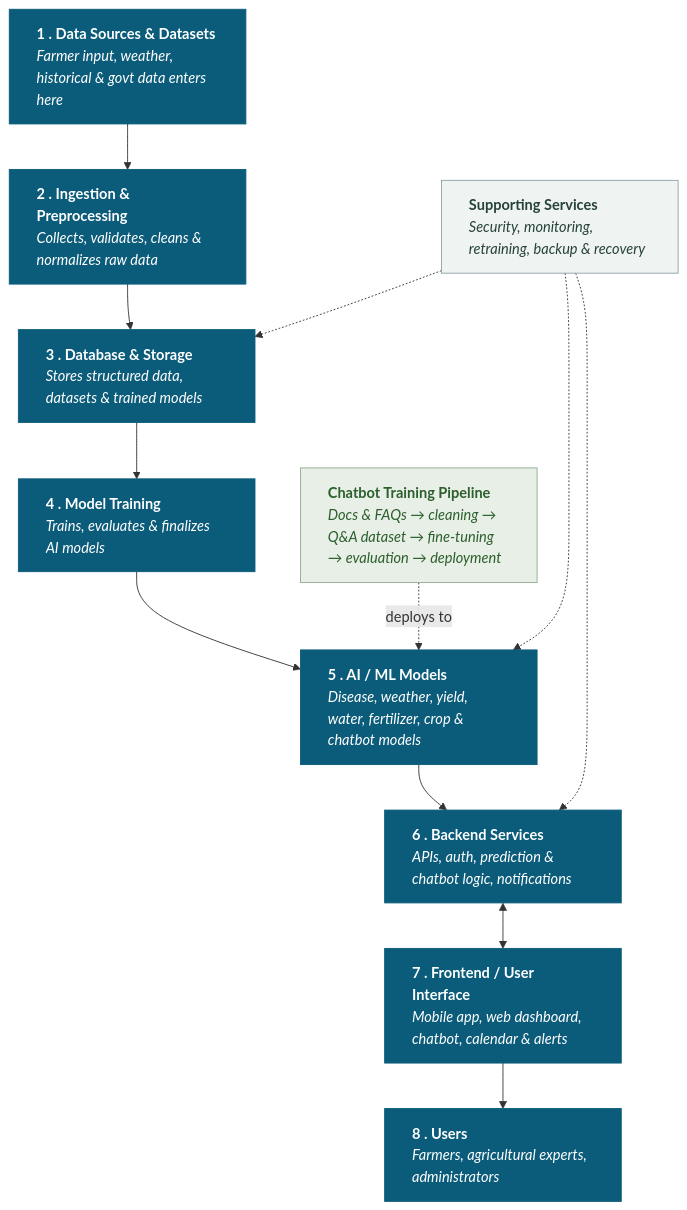
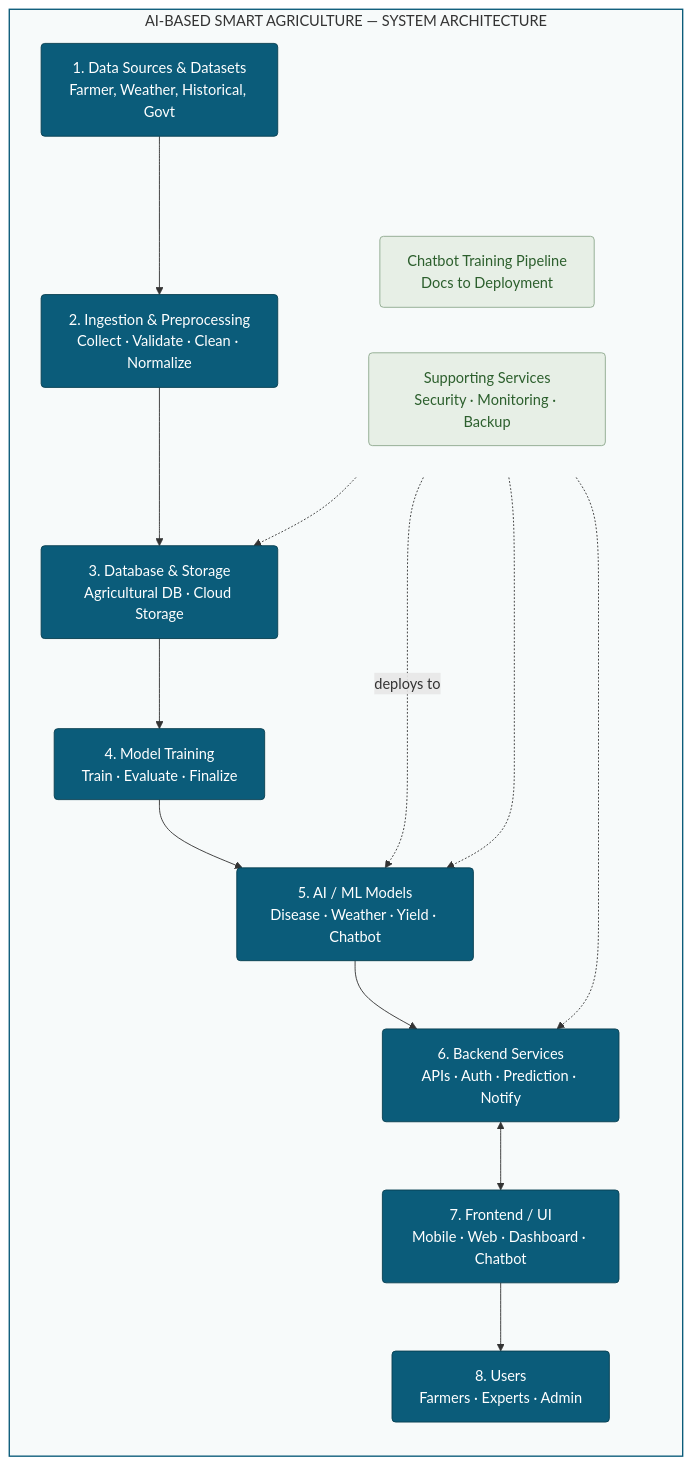
The diagram in README.md (mohinideshmukh765/FarmGuide), drawn with Mermaid before and after one commit.

Commit message:
Revise system architecture diagram in README
Updated the system architecture diagram in the README to enhance clarity and detail.

````diff
--- a/README.md
+++ b/README.md
@@ -1,31 +1,39 @@
 ```mermaid
 flowchart TD
-  A["<b>1 . Data Sources & Datasets</b><br/><i>Farmer input, weather, historical & govt data enters here</i>"]
-  B["<b>2 . Ingestion & Preprocessing</b><br/><i>Collects, validates, cleans & normalizes raw data</i>"]
-  C["<b>3 . Database & Storage</b><br/><i>Stores structured data, datasets & trained models</i>"]
-  D["<b>4 . Model Training</b><br/><i>Trains, evaluates & finalizes AI models</i>"]
-  E["<b>5 . AI / ML Models</b><br/><i>Disease, weather, yield, water, fertilizer, crop & chatbot models</i>"]
-  F["<b>6 . Backend Services</b><br/><i>APIs, auth, prediction & chatbot logic, notifications</i>"]
-  G["<b>7 . Frontend / User Interface</b><br/><i>Mobile app, web dashboard, chatbot, calendar & alerts</i>"]
-  H["<b>8 . Users</b><br/><i>Farmers, agricultural experts, administrators</i>"]
+  subgraph SYS["AI-BASED SMART AGRICULTURE — SYSTEM ARCHITECTURE"]
+    direction TB
 
-  CTP["<b>Chatbot Training Pipeline</b><br/><i>Docs & FAQs → cleaning → Q&A dataset → fine-tuning → evaluation → deployment</i>"]
-  SUP["<b>Supporting Services</b><br/><i>Security, monitoring, retraining, backup & recovery</i>"]
+    A["1. Data Sources & Datasets<br/>Farmer, Weather, Historical, Govt"]
+    B["2. Ingestion & Preprocessing<br/>Collect · Validate · Clean · Normalize"]
+    C["3. Database & Storage<br/>Agricultural DB · Cloud Storage"]
+    D["4. Model Training<br/>Train · Evaluate · Finalize"]
+    E["5. AI / ML Models<br/>Disease · Weather · Yield · Chatbot"]
+    F["6. Backend Services<br/>APIs · Auth · Prediction · Notify"]
+    G["7. Frontend / UI<br/>Mobile · Web · Dashboard · Chatbot"]
+    H["8. Users<br/>Farmers · Experts · Admin"]
 
-  A --> B --> C --> D --> E --> F
-  F <--> G
-  G --> H
+    A --> B --> C --> D --> E --> F
+    F <--> G
+    G --> H
 
-  CTP -.->|deploys to| E
-  SUP -.-> C
-  SUP -.-> E
-  SUP -.-> F
+    subgraph SIDE[" "]
+      direction LR
+      CTP["Chatbot Training Pipeline<br/>Docs to Deployment"]
+      SUP["Supporting Services<br/>Security · Monitoring · Backup"]
+    end
 
-  classDef block fill:#0B5C7A,color:#fff,stroke:#0B5C7A,stroke-width:1px,text-align:left;
-  classDef pipeline fill:#E7EFE6,color:#2C5F2D,stroke:#8FA98F,text-align:left;
-  classDef support fill:#EFF3F1,color:#26433A,stroke:#8FA3A8,text-align:left;
+    CTP -.->|deploys to| E
+    SUP -.-> C
+    SUP -.-> E
+    SUP -.-> F
+  end
+
+  classDef block fill:#0B5C7A,color:#fff,stroke:#083F51,stroke-width:1px,rx:4,ry:4;
+  classDef side fill:#E7EFE6,color:#2C5F2D,stroke:#8FA98F,stroke-width:1px,rx:4,ry:4;
+  classDef container fill:#F7FAFA,stroke:#0B5C7A,stroke-width:1.5px;
 
   class A,B,C,D,E,F,G,H block;
-  class CTP pipeline;
-  class SUP support;
+  class CTP,SUP side;
+  class SYS container;
+  style SIDE fill:none,stroke:none;
 ```
````
